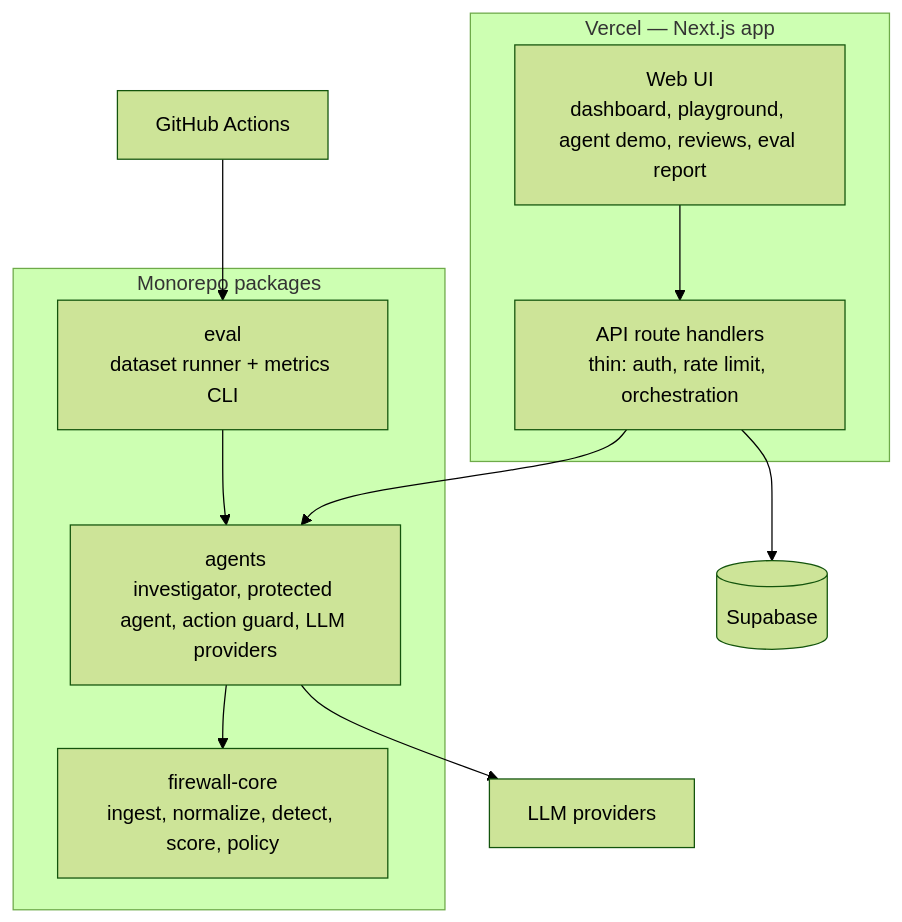
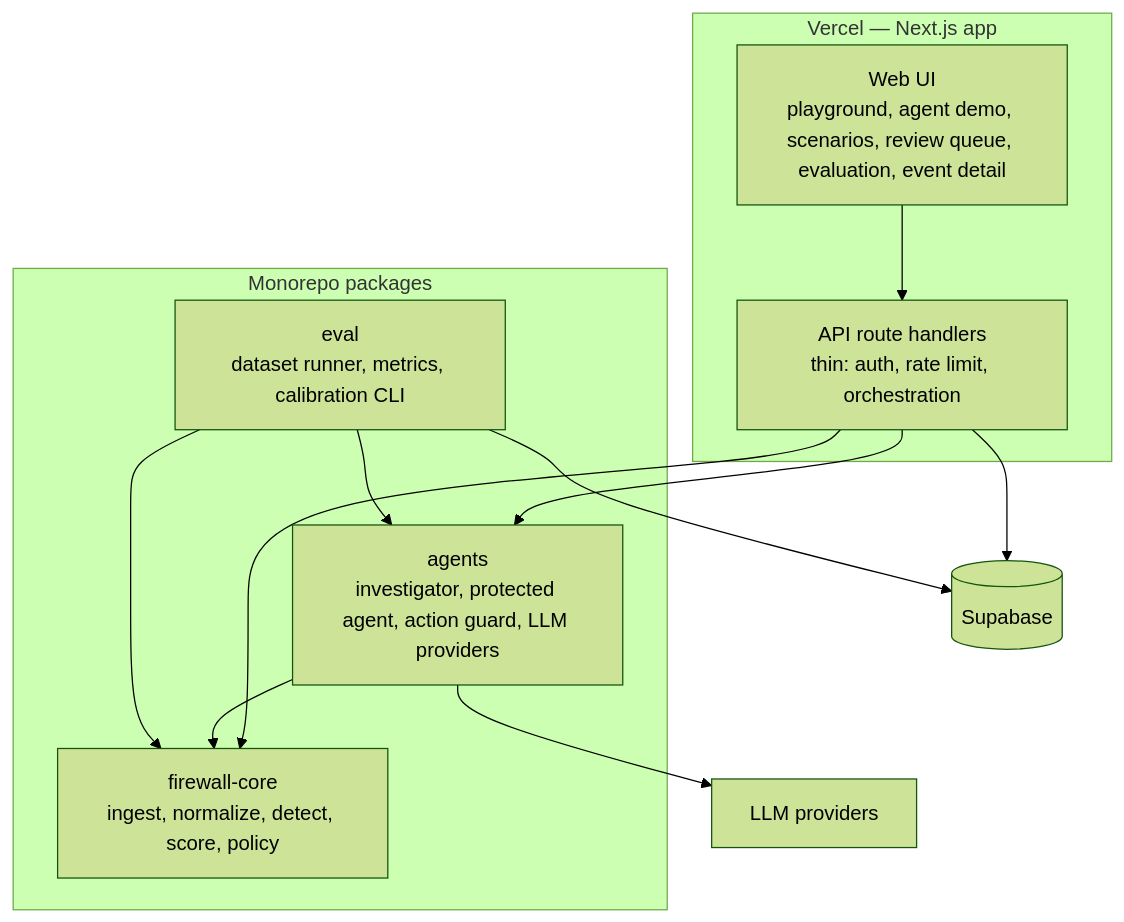
Before and after one commit to umarfarookm/hifz-ai-security-firewall: the second of 4 diagrams in docs/architecture/HLD.md, drawn with Mermaid (forest theme). The commit also changed other lines of this file and 1 other file, not shown here.

First line of the commit message:
docs(architecture): bring HLD and LLD in line with the implementation (PLAN 3.6)

````diff
--- a/docs/architecture/HLD.md
+++ b/docs/architecture/HLD.md
@@ -138,17 +138,21 @@
 ```mermaid
 flowchart TB
   subgraph Vercel[Vercel — Next.js app]
-    UI[Web UI<br/>dashboard, playground, agent demo, reviews, eval report]
+    UI[Web UI<br/>playground, agent demo, scenarios, review queue, evaluation, event detail]
     API[API route handlers<br/>thin: auth, rate limit, orchestration]
   end
   subgraph Packages[Monorepo packages]
     CORE[firewall-core<br/>ingest, normalize, detect, score, policy]
     AGENTS[agents<br/>investigator, protected agent, action guard, LLM providers]
-    EVAL[eval<br/>dataset runner + metrics CLI]
+    EVAL[eval<br/>dataset runner, metrics, calibration CLI]
   end
-  UI --> API --> AGENTS --> CORE
+  UI --> API
+  API --> CORE
+  API --> AGENTS
+  AGENTS --> CORE
   EVAL --> AGENTS
+  EVAL --> CORE
   API --> DB[(Supabase)]
+  EVAL --> DB
   AGENTS --> LLM[LLM providers]
-  CI[GitHub Actions] --> EVAL
 ```
````
